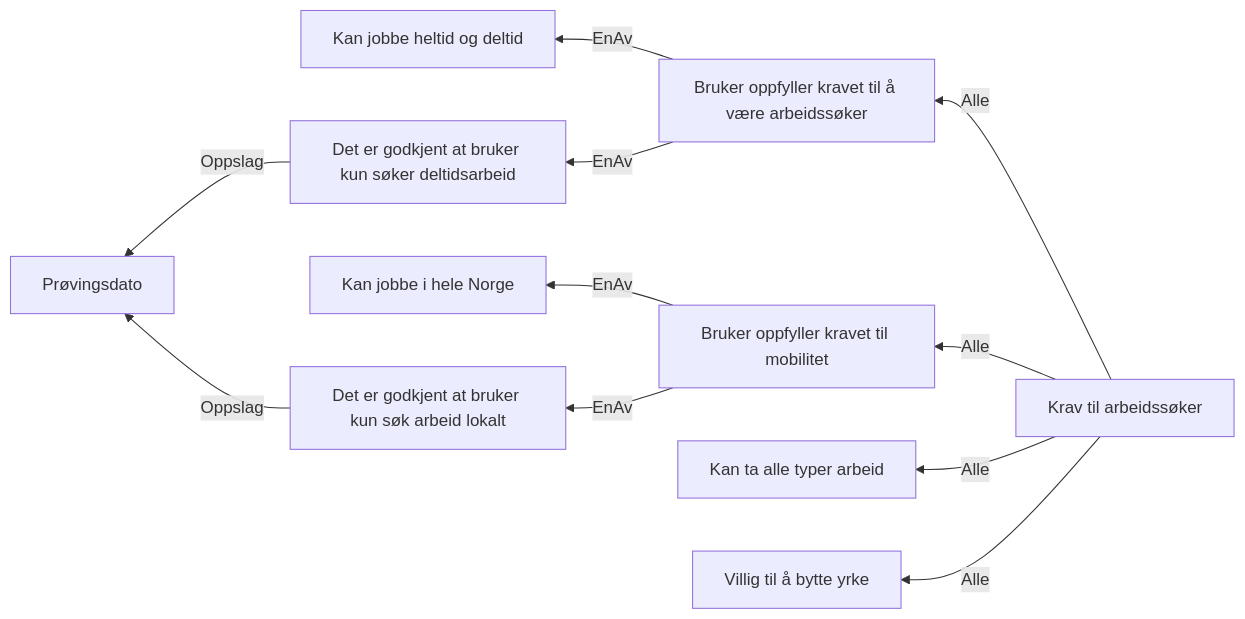
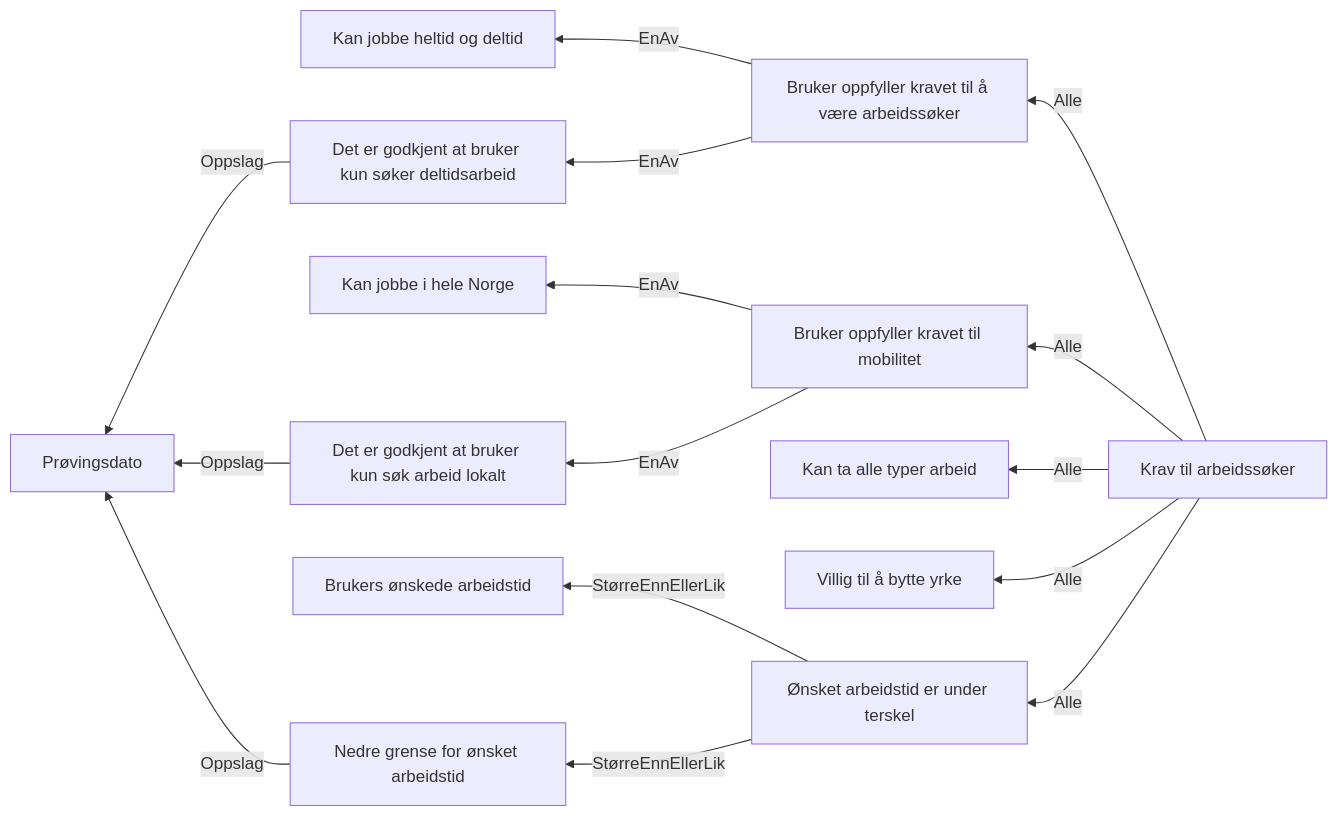
One commit to navikt/dp-vedtak changed the diagram in docs/regler/§ 4-5. Reelle arbeidssøkere.approved.md. Above: the diagram before and after it, drawn with Mermaid. The commit also changed 19 other files, not shown here.

First line of the commit message:
Sjekk at ønsket arbeidstid er over terskel for reell arbeidssøker

````diff
--- a/docs/regler/§ 4-5. Reelle arbeidssøkere.approved.md
+++ b/docs/regler/§ 4-5. Reelle arbeidssøkere.approved.md
@@ -5,13 +5,17 @@
 ```mermaid
 graph RL
   A["Det er godkjent at bruker kun søk arbeid lokalt"] -->|"Oppslag"| B["Prøvingsdato"]
   C["Det er godkjent at bruker kun søker deltidsarbeid"] -->|"Oppslag"| B["Prøvingsdato"]
-  D["Bruker oppfyller kravet til mobilitet"] -->|"EnAv"| E["Kan jobbe i hele Norge"]
-  D["Bruker oppfyller kravet til mobilitet"] -->|"EnAv"| A["Det er godkjent at bruker kun søk arbeid lokalt"]
-  F["Bruker oppfyller kravet til å være arbeidssøker"] -->|"EnAv"| G["Kan jobbe heltid og deltid"]
-  F["Bruker oppfyller kravet til å være arbeidssøker"] -->|"EnAv"| C["Det er godkjent at bruker kun søker deltidsarbeid"]
-  H["Krav til arbeidssøker"] -->|"Alle"| F["Bruker oppfyller kravet til å være arbeidssøker"]
-  H["Krav til arbeidssøker"] -->|"Alle"| D["Bruker oppfyller kravet til mobilitet"]
-  H["Krav til arbeidssøker"] -->|"Alle"| I["Kan ta alle typer arbeid"]
-  H["Krav til arbeidssøker"] -->|"Alle"| J["Villig til å bytte yrke"]
+  D["Nedre grense for ønsket arbeidstid"] -->|"Oppslag"| B["Prøvingsdato"]
+  E["Ønsket arbeidstid er under terskel"] -->|"StørreEnnEllerLik"| F["Brukers ønskede arbeidstid"]
+  E["Ønsket arbeidstid er under terskel"] -->|"StørreEnnEllerLik"| D["Nedre grense for ønsket arbeidstid"]
+  G["Bruker oppfyller kravet til å være arbeidssøker"] -->|"EnAv"| H["Kan jobbe heltid og deltid"]
+  G["Bruker oppfyller kravet til å være arbeidssøker"] -->|"EnAv"| C["Det er godkjent at bruker kun søker deltidsarbeid"]
+  I["Bruker oppfyller kravet til mobilitet"] -->|"EnAv"| J["Kan jobbe i hele Norge"]
+  I["Bruker oppfyller kravet til mobilitet"] -->|"EnAv"| A["Det er godkjent at bruker kun søk arbeid lokalt"]
+  K["Krav til arbeidssøker"] -->|"Alle"| G["Bruker oppfyller kravet til å være arbeidssøker"]
+  K["Krav til arbeidssøker"] -->|"Alle"| I["Bruker oppfyller kravet til mobilitet"]
+  K["Krav til arbeidssøker"] -->|"Alle"| L["Kan ta alle typer arbeid"]
+  K["Krav til arbeidssøker"] -->|"Alle"| M["Villig til å bytte yrke"]
+  K["Krav til arbeidssøker"] -->|"Alle"| E["Ønsket arbeidstid er under terskel"]
 ```
````
